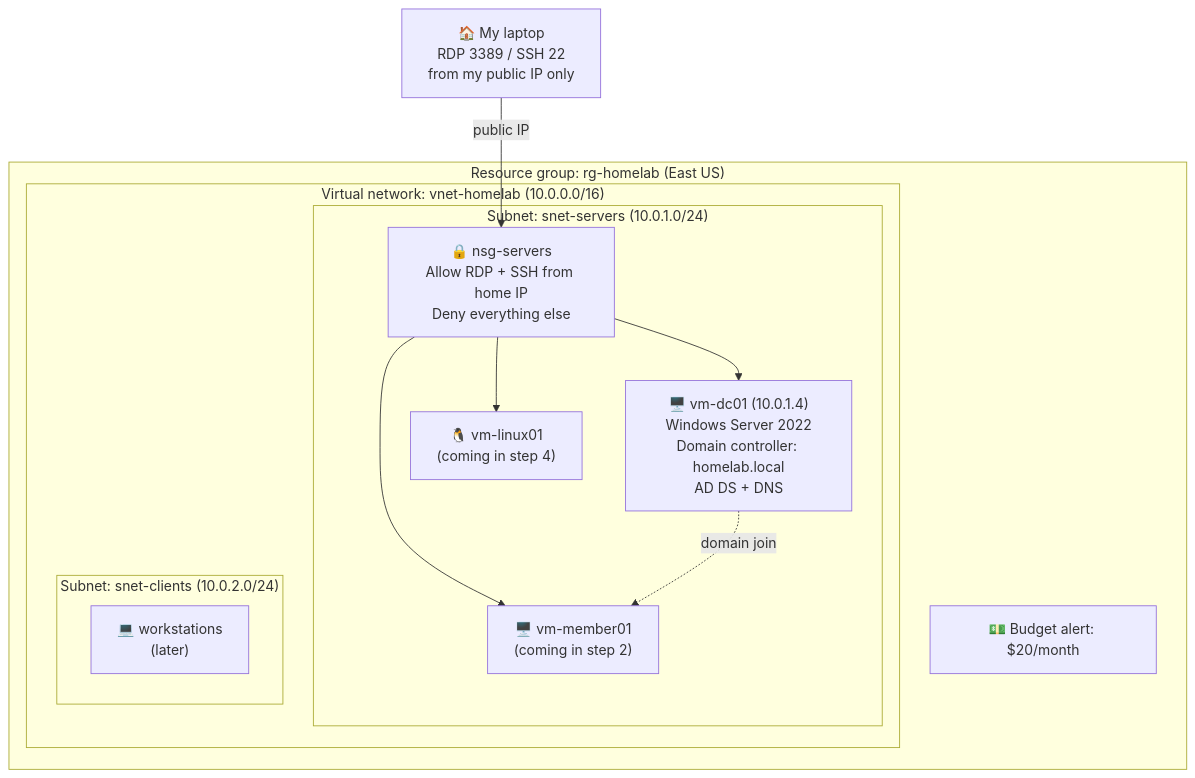
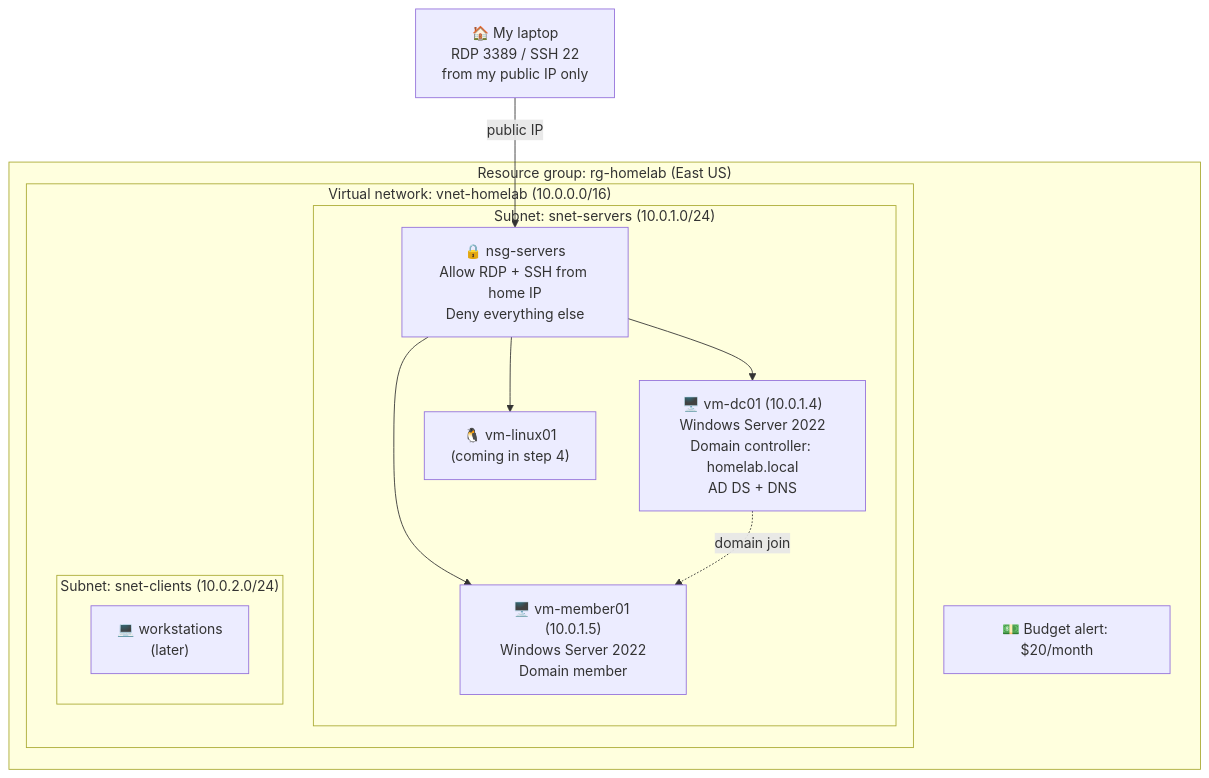
The diagram in README.md (KyleG6495/azure-home-lab), drawn with Mermaid before and after one commit. The commit also changed other lines of this file, not shown here.

Commit message:
Step 2 done, step 3 next, new lessons

````diff
--- a/README.md
+++ b/README.md
@@ -27,23 +27,23 @@
 ```mermaid
 flowchart TB
     Home["🏠 My laptop<br/>RDP 3389 / SSH 22<br/>from my public IP only"]
     subgraph RG["Resource group: rg-homelab (East US)"]
         subgraph VNET["Virtual network: vnet-homelab (10.0.0.0/16)"]
             subgraph SRV["Subnet: snet-servers (10.0.1.0/24)"]
                 NSG["🔒 nsg-servers<br/>Allow RDP + SSH from home IP<br/>Deny everything else"]
                 DC["🖥️ vm-dc01 (10.0.1.4)<br/>Windows Server 2022<br/>Domain controller: homelab.local<br/>AD DS + DNS"]
-                MEM["🖥️ vm-member01<br/>(coming in step 2)"]
+                MEM["🖥️ vm-member01 (10.0.1.5)<br/>Windows Server 2022<br/>Domain member"]
                 LNX["🐧 vm-linux01<br/>(coming in step 4)"]
             end
             subgraph CLI["Subnet: snet-clients (10.0.2.0/24)"]
                 WS["💻 workstations<br/>(later)"]
             end
         end
         BUDGET["💵 Budget alert: $20/month"]
     end
     Home -->|"public IP"| NSG
     NSG --> DC
     NSG --> MEM
     NSG --> LNX
     DC -. "domain join" .-> MEM
 ```
````
